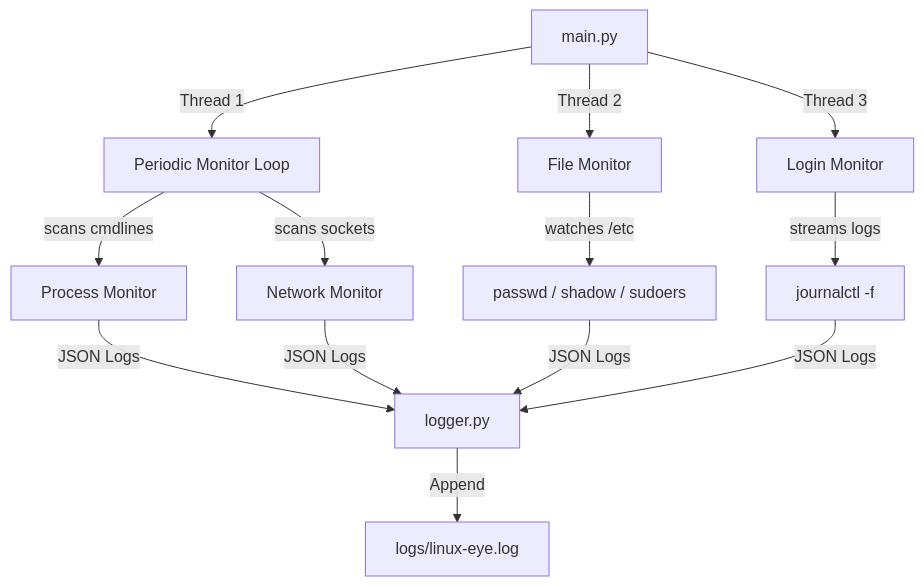
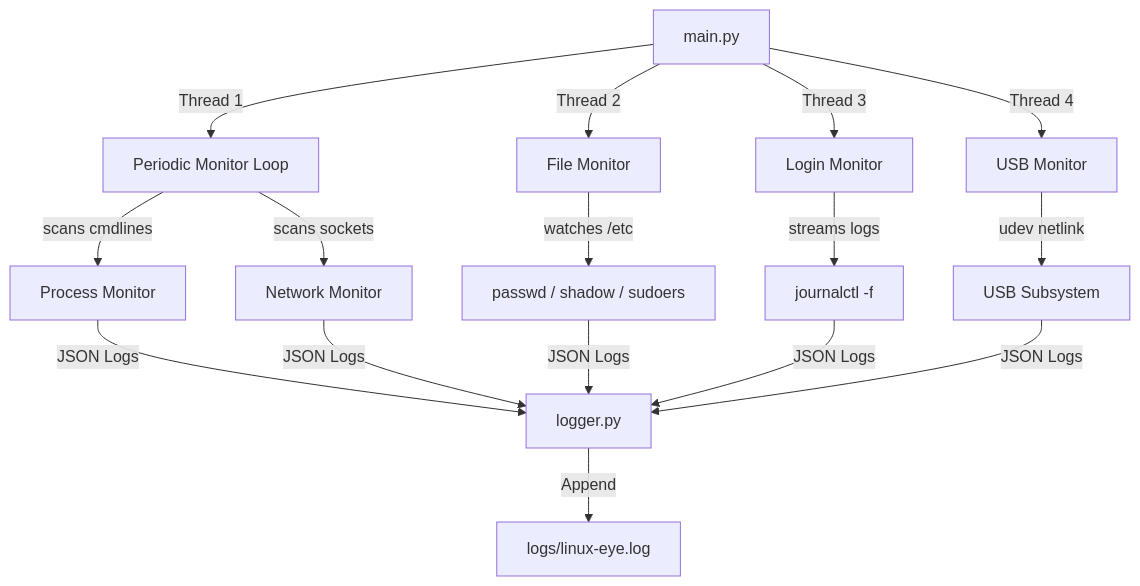
Before and after one commit to amitpadhan525/linux-eye: the diagram in README.md, drawn with Mermaid. The commit also changed other lines of this file and 21 other files, not shown here.

````diff
--- a/README.md
+++ b/README.md
@@ -36,19 +41,22 @@
 ```mermaid
 graph TD
     A[main.py] -->|Thread 1| B[Periodic Monitor Loop]
     A -->|Thread 2| C[File Monitor]
     A -->|Thread 3| D[Login Monitor]
+    A -->|Thread 4| E[USB Monitor]
 
-    B -->|scans cmdlines| E[Process Monitor]
-    B -->|scans sockets| F[Network Monitor]
+    B -->|scans cmdlines| F[Process Monitor]
+    B -->|scans sockets| G[Network Monitor]
     
-    C -->|watches /etc| G[passwd / shadow / sudoers]
-    D -->|streams logs| H[journalctl -f]
+    C -->|watches /etc| H[passwd / shadow / sudoers]
+    D -->|streams logs| I[journalctl -f]
+    E -->|udev netlink| J[USB Subsystem]
 
-    E -->|JSON Logs| I[logger.py]
-    F -->|JSON Logs| I
-    G -->|JSON Logs| I
-    H -->|JSON Logs| I
+    F -->|JSON Logs| K[logger.py]
+    G -->|JSON Logs| K
+    H -->|JSON Logs| K
+    I -->|JSON Logs| K
+    J -->|JSON Logs| K
 
-    I -->|Append| J[logs/linux-eye.log]
+    K -->|Append| L[logs/linux-eye.log]
 ```
````
